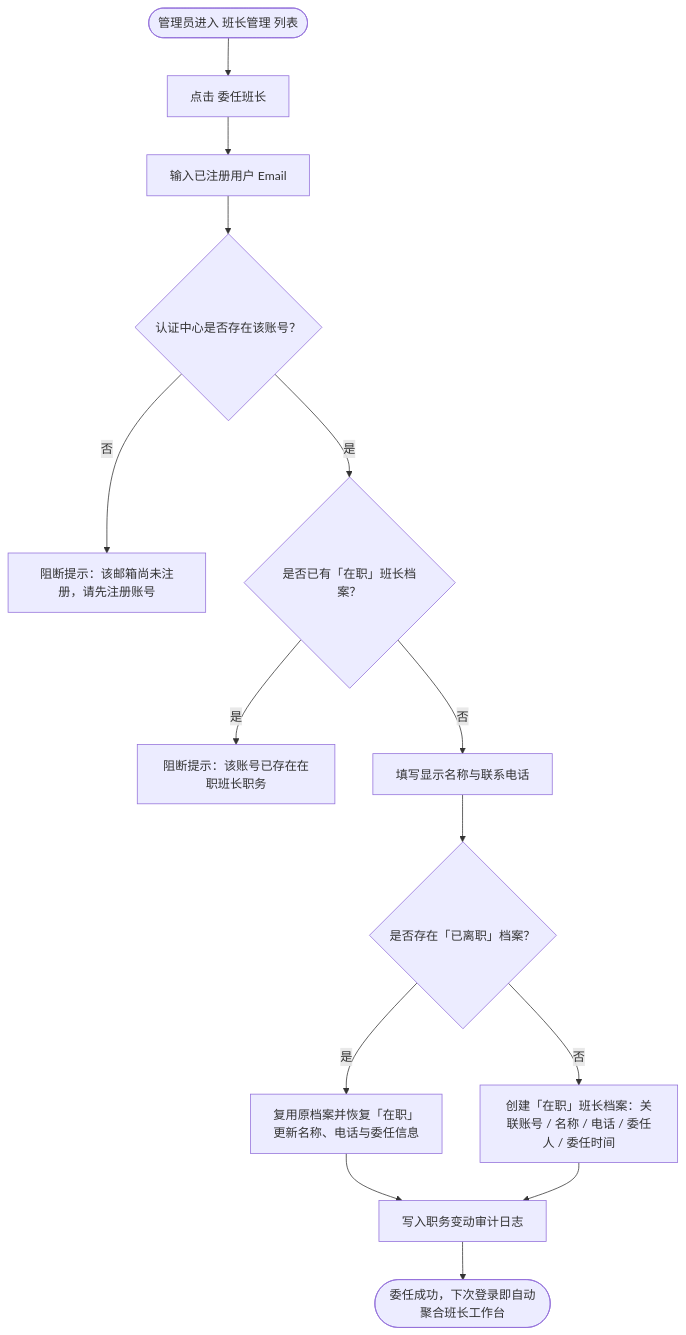
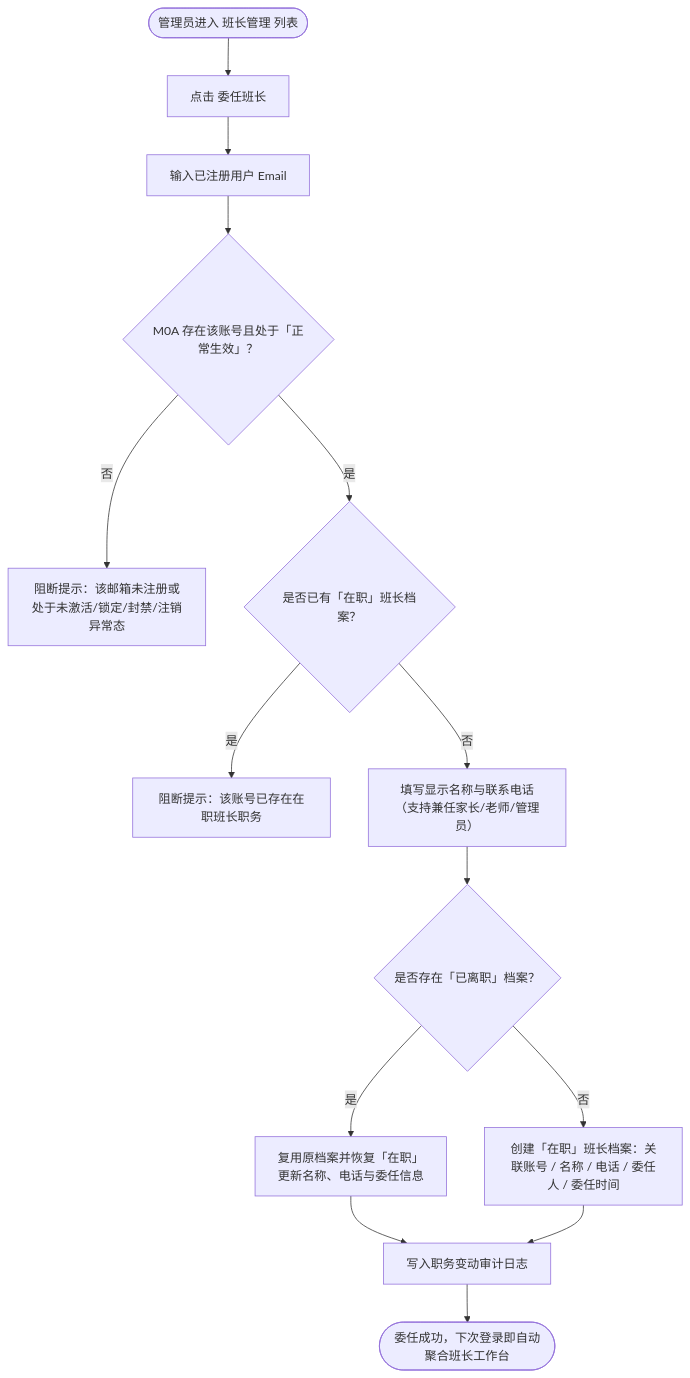
The second of 9 diagrams in docs/prd/m1b_teacher_profile.md (Onezao/dream), drawn with Mermaid before and after one commit. The commit also changed other lines of this file and 34 other files, not shown here.

````diff
--- a/docs/prd/m1b_teacher_profile.md
+++ b/docs/prd/m1b_teacher_profile.md
@@ -107,16 +137,16 @@
 ```mermaid
 flowchart TD
     Start(["管理员进入 班长管理 列表"]) --> Click["点击 委任班长"]
     Click --> Input["输入已注册用户 Email"]
-    Input --> Lookup{"认证中心是否存在该账号？"}
-    Lookup -->|"否"| ErrNotFound["阻断提示：该邮箱尚未注册，请先注册账号"]
+    Input --> Lookup{"M0A 存在该账号且处于「正常生效」？"}
+    Lookup -->|"否"| ErrNotFound["阻断提示：该邮箱未注册或处于未激活/锁定/封禁/注销异常态"]
     Lookup -->|"是"| Active{"是否已有「在职」班长档案？"}
     Active -->|"是"| ErrExists["阻断提示：该账号已存在在职班长职务"]
-    Active -->|"否"| InputInfo["填写显示名称与联系电话"]
+    Active -->|"否"| InputInfo["填写显示名称与联系电话（支持兼任家长/老师/管理员）"]
     InputInfo --> Reuse{"是否存在「已离职」档案？"}
     Reuse -->|"是"| Reactivate["复用原档案并恢复「在职」<br/>更新名称、电话与委任信息"]
     Reuse -->|"否"| CreateNew["创建「在职」班长档案：关联账号 / 名称 / 电话 / 委任人 / 委任时间"]
     Reactivate --> Audit["写入职务变动审计日志"]
     CreateNew --> Audit
     Audit --> Done(["委任成功，下次登录即自动聚合班长工作台"])
 ```
````
